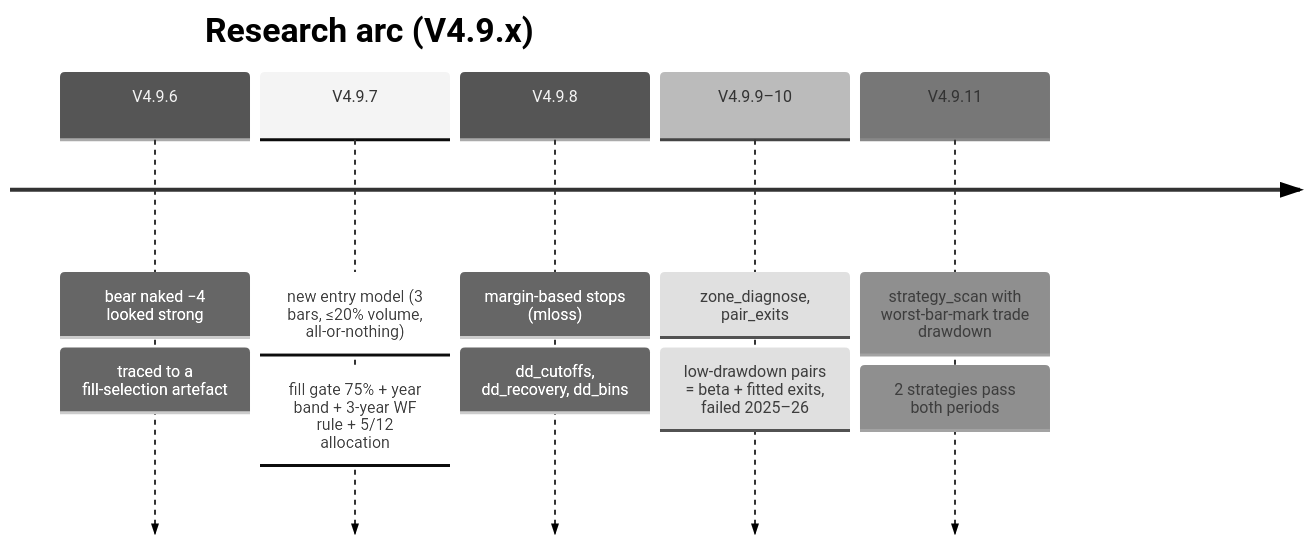
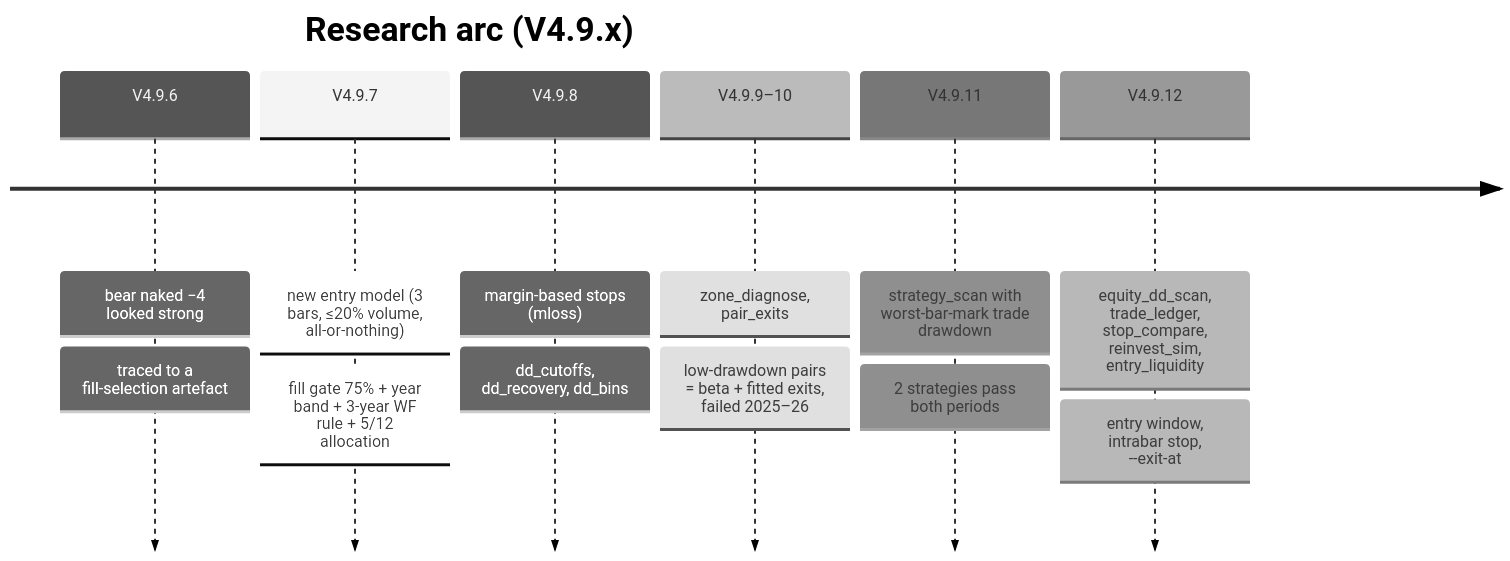
Before and after one commit to UBags/NIFTY_IV_RESEARCH: diagram 12 of 14 in README.md, drawn with Mermaid (neutral theme). The commit also changed other lines of this file and 1 other file, not shown here.

````diff
--- a/README.md
+++ b/README.md
@@ -407,9 +418,10 @@
 ```mermaid
 timeline
     title Research arc (V4.9.x)
     V4.9.6 : bear naked −4 looked strong : traced to a fill-selection artefact
     V4.9.7 : new entry model (3 bars, ≤20% volume, all-or-nothing) : fill gate 75% + year band + 3-year WF rule + 5/12 allocation
     V4.9.8 : margin-based stops (mloss) : dd_cutoffs, dd_recovery, dd_bins
     V4.9.9–10 : zone_diagnose, pair_exits : low-drawdown pairs = beta + fitted exits, failed 2025–26
     V4.9.11 : strategy_scan with worst-bar-mark trade drawdown : 2 strategies pass both periods
+    V4.9.12 : equity_dd_scan, trade_ledger, stop_compare, reinvest_sim, entry_liquidity : entry window, intrabar stop, --exit-at
 ```
````
